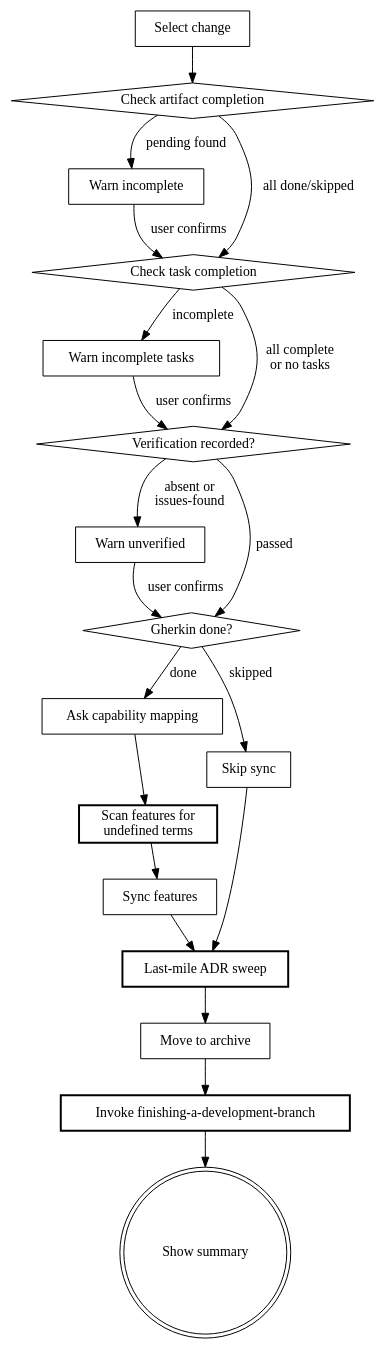
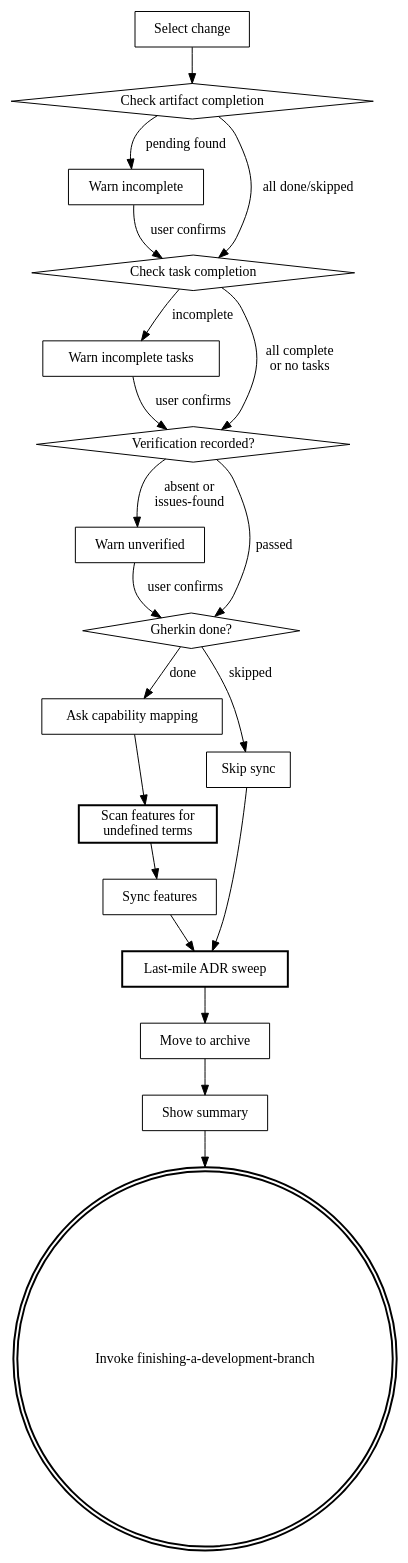
The diagram in skills/archive/SKILL.md (kirkchen/beat), drawn with Graphviz before and after one commit. The commit also changed other lines of this file and 32 other files, not shown here.

````diff
--- a/skills/archive/SKILL.md
+++ b/skills/archive/SKILL.md
@@ -70,40 +73,40 @@
 ```dot
 digraph archive {
     "Select change" [shape=box];
     "Check artifact completion" [shape=diamond];
     "Warn incomplete" [shape=box];
     "Check task completion" [shape=diamond];
     "Warn incomplete tasks" [shape=box];
     "Verification recorded?" [shape=diamond];
     "Warn unverified" [shape=box];
     "Gherkin done?" [shape=diamond];
     "Ask capability mapping" [shape=box];
     "Scan features for\nundefined terms" [shape=box, style=bold];
     "Sync features" [shape=box];
     "Skip sync" [shape=box];
     "Last-mile ADR sweep" [shape=box, style=bold];
     "Move to archive" [shape=box];
-    "Invoke finishing-a-development-branch" [shape=box, style=bold];
-    "Show summary" [shape=doublecircle];
+    "Show summary" [shape=box];
+    "Invoke finishing-a-development-branch" [shape=doublecircle, style=bold];
 
     "Select change" -> "Check artifact completion";
     "Check artifact completion" -> "Warn incomplete" [label="pending found"];
     "Check artifact completion" -> "Check task completion" [label="all done/skipped"];
     "Warn incomplete" -> "Check task completion" [label="user confirms"];
     "Check task completion" -> "Warn incomplete tasks" [label="incomplete"];
     "Check task completion" -> "Verification recorded?" [label="all complete\nor no tasks"];
     "Warn incomplete tasks" -> "Verification recorded?" [label="user confirms"];
     "Verification recorded?" -> "Warn unverified" [label="absent or\nissues-found"];
     "Verification recorded?" -> "Gherkin done?" [label="passed"];
     "Warn unverified" -> "Gherkin done?" [label="user confirms"];
     "Gherkin done?" -> "Ask capability mapping" [label="done"];
     "Gherkin done?" -> "Skip sync" [label="skipped"];
     "Ask capability mapping" -> "Scan features for\nundefined terms";
     "Scan features for\nundefined terms" -> "Sync features";
     "Sync features" -> "Last-mile ADR sweep";
     "Skip sync" -> "Last-mile ADR sweep";
     "Last-mile ADR sweep" -> "Move to archive";
-    "Move to archive" -> "Invoke finishing-a-development-branch";
-    "Invoke finishing-a-development-branch" -> "Show summary";
+    "Move to archive" -> "Show summary";
+    "Show summary" -> "Invoke finishing-a-development-branch";
 }
 ```
````
